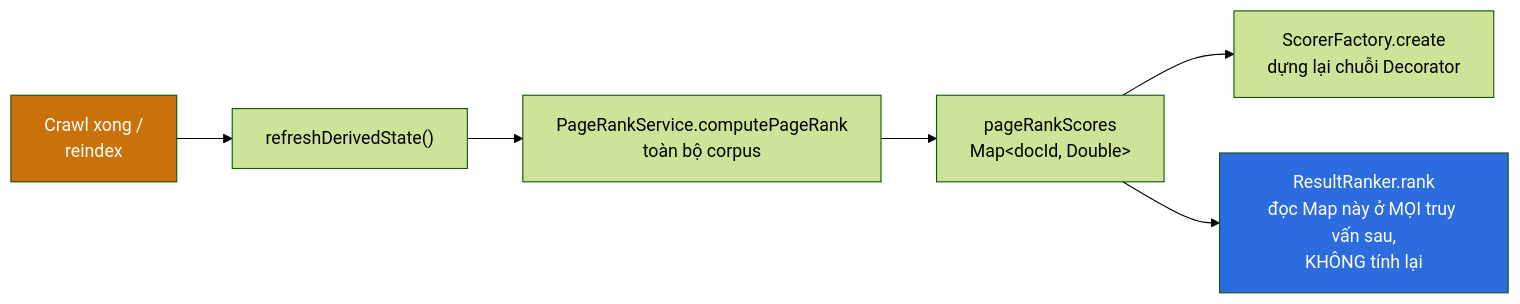
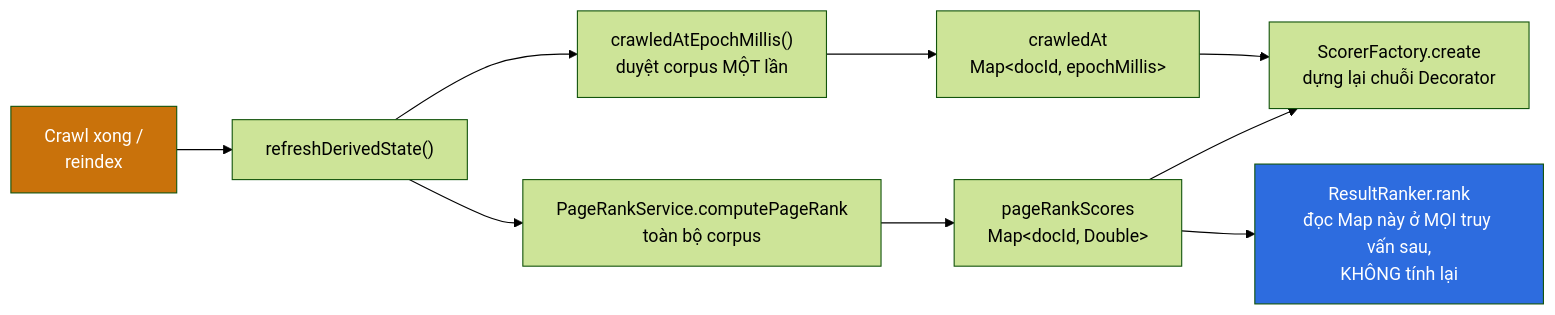
Before and after one commit to KietAnhCS/CocCoc-Plus: the third of 8 diagrams in docs/RANKING-PIPELINE.md, drawn with Mermaid (forest theme). The commit also changed other lines of this file and 2 other files, not shown here.

````diff
--- a/docs/RANKING-PIPELINE.md
+++ b/docs/RANKING-PIPELINE.md
@@ -411,11 +425,14 @@
 ```mermaid
 flowchart LR
     A["Crawl xong /<br/>reindex"] --> B["refreshDerivedState()"]
     B --> C["PageRankService.computePageRank<br/>toàn bộ corpus"]
+    B --> C2["crawledAtEpochMillis()<br/>duyệt corpus MỘT lần"]
     C --> D["pageRankScores<br/>Map&lt;docId, Double&gt;"]
+    C2 --> D2["crawledAt<br/>Map&lt;docId, epochMillis&gt;"]
     D --> E["ScorerFactory.create<br/>dựng lại chuỗi Decorator"]
+    D2 --> E
     D --> F["ResultRanker.rank<br/>đọc Map này ở MỌI truy vấn sau,<br/>KHÔNG tính lại"]
 
     style A fill:#c9720b,color:#fff
     style F fill:#2d6cdf,color:#fff
 ```
````
